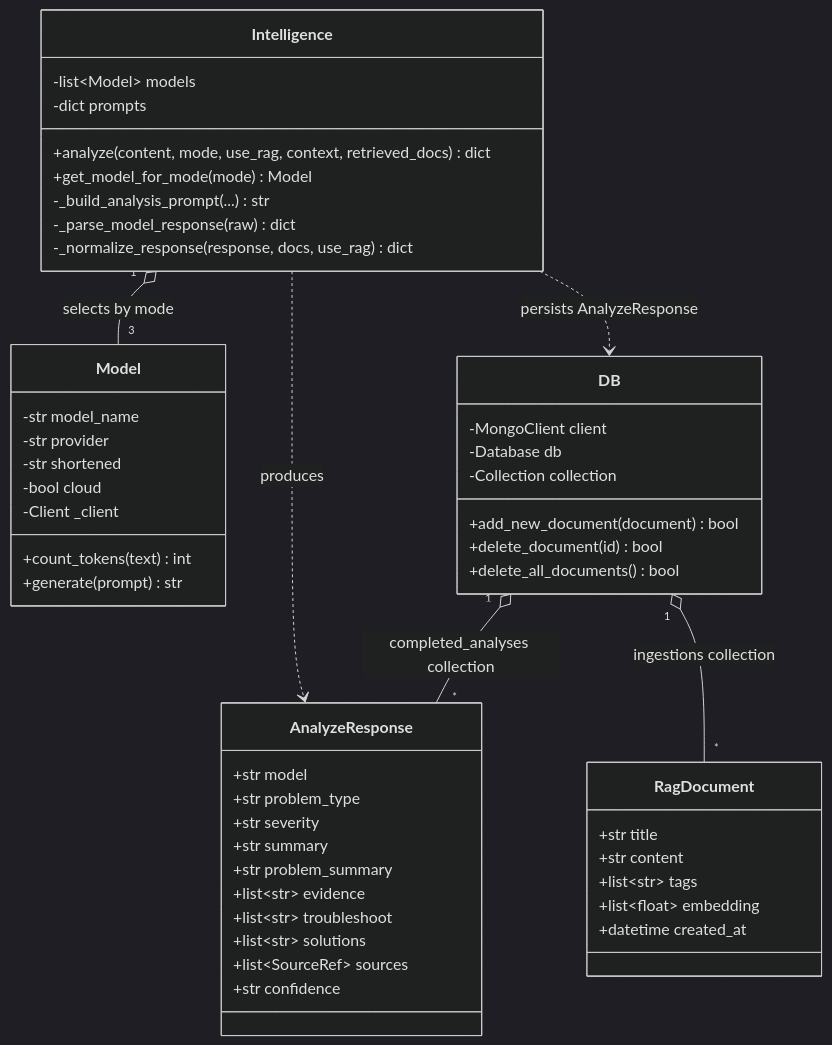
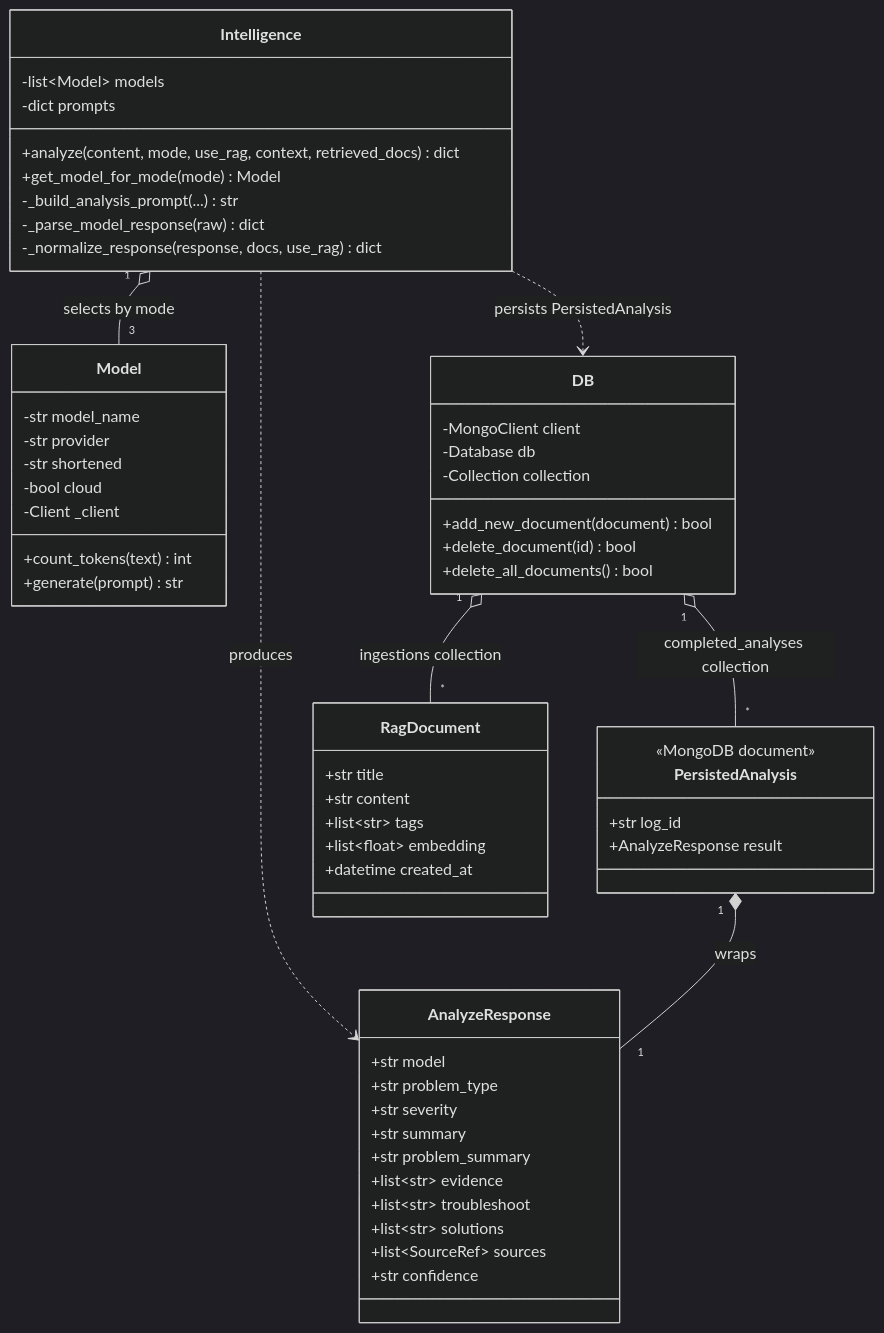
The diagram in docs-site/docs/object-model.md (AET-DevOps26/team-setops), drawn with Mermaid (dark theme) before and after one commit. The commit also changed 3 other files, not shown here.

````diff
--- a/docs-site/docs/object-model.md
+++ b/docs-site/docs/object-model.md
@@ -31,58 +31,65 @@
 ```mermaid
 classDiagram
     class Intelligence {
         -list~Model~ models
         -dict prompts
         +analyze(content, mode, use_rag, context, retrieved_docs) dict
         +get_model_for_mode(mode) Model
         -_build_analysis_prompt(...) str
         -_parse_model_response(raw) dict
         -_normalize_response(response, docs, use_rag) dict
     }
 
     class Model {
         -str model_name
         -str provider
         -str shortened
         -bool cloud
         -Client _client
         +count_tokens(text) int
         +generate(prompt) str
     }
 
     class DB {
         -MongoClient client
         -Database db
         -Collection collection
         +add_new_document(document) bool
         +delete_document(id) bool
         +delete_all_documents() bool
     }
 
     class AnalyzeResponse {
         +str model
         +str problem_type
         +str severity
         +str summary
         +str problem_summary
         +list~str~ evidence
         +list~str~ troubleshoot
         +list~str~ solutions
         +list~SourceRef~ sources
         +str confidence
     }
 
+    class PersistedAnalysis {
+        <<MongoDB document>>
+        +str log_id
+        +AnalyzeResponse result
+    }
+
     class RagDocument {
         +str title
         +str content
         +list~str~ tags
         +list~float~ embedding
         +datetime created_at
     }
 
     Intelligence "1" o-- "3" Model : selects by mode
     Intelligence ..> AnalyzeResponse : produces
-    Intelligence ..> DB : persists AnalyzeResponse
+    Intelligence ..> DB : persists PersistedAnalysis
+    PersistedAnalysis "1" *-- "1" AnalyzeResponse : wraps
     DB "1" o-- "*" RagDocument : ingestions collection
-    DB "1" o-- "*" AnalyzeResponse : completed_analyses collection
+    DB "1" o-- "*" PersistedAnalysis : completed_analyses collection
 ```
````
